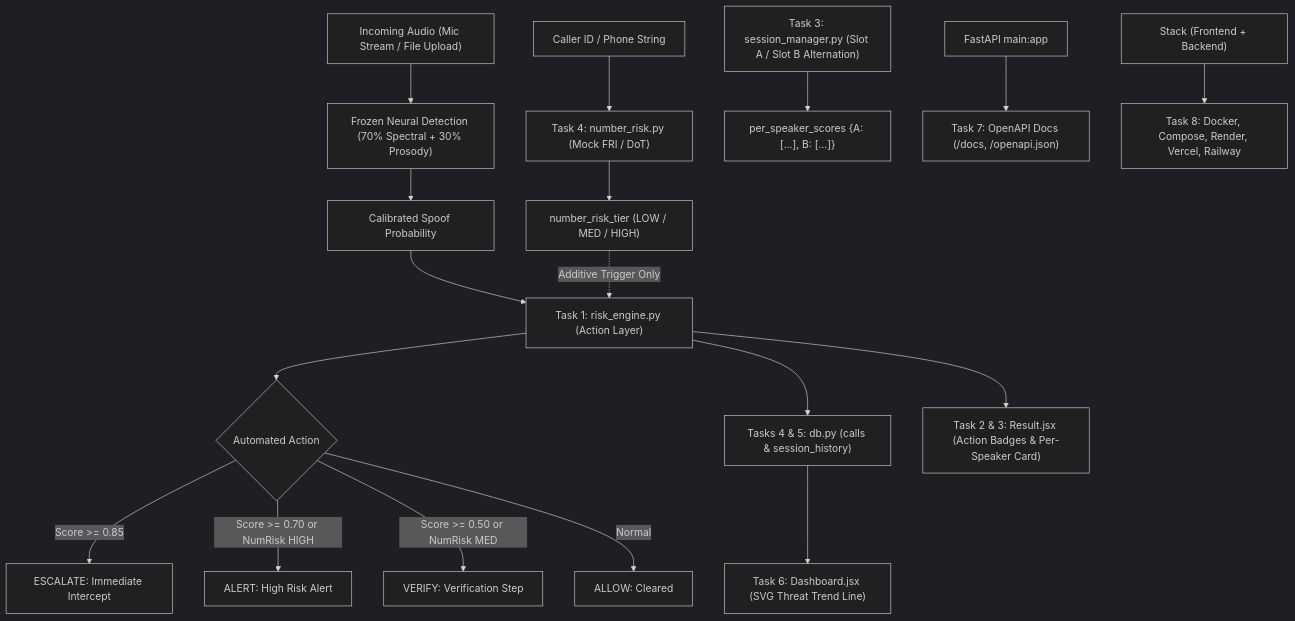
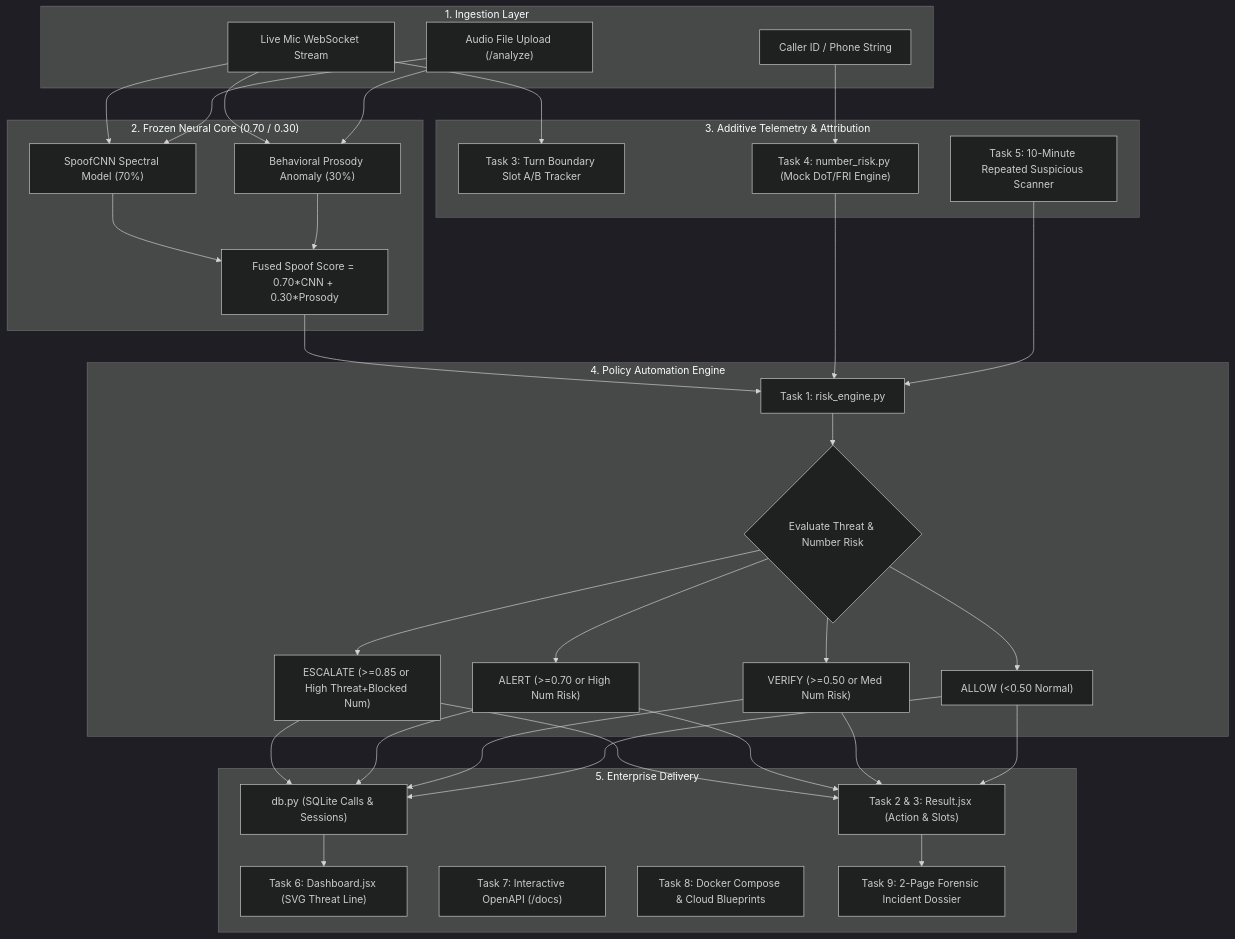
One commit to Sam-codes11/Cybathon-SIH- changed the diagram in REPORT.md. Above: the diagram before and after it, drawn with Mermaid (dark theme). The commit also changed other lines of this file, not shown here.

````diff
--- a/REPORT.md
+++ b/REPORT.md
@@ -57,25 +80,55 @@
 ```mermaid
 flowchart TD
-    AudioInput["Incoming Audio (Mic Stream / File Upload)"] --> DualLayer["Frozen Neural Detection (70% Spectral + 30% Prosody)"]
-    DualLayer --> ThreatScore["Calibrated Spoof Probability"]
-    
-    CallerID["Caller ID / Phone String"] --> NumRiskModule["Task 4: number_risk.py (Mock FRI / DoT)"]
-    NumRiskModule --> NumRiskTier["number_risk_tier (LOW / MED / HIGH)"]
-    
-    TurnTracker["Task 3: session_manager.py (Slot A / Slot B Alternation)"] --> SpeakerScores["per_speaker_scores {A: [...], B: [...]}"]
-    
-    ThreatScore --> RiskEngine["Task 1: risk_engine.py (Action Layer)"]
-    NumRiskTier -.->|Additive Trigger Only| RiskEngine
-    
-    RiskEngine --> ActionDecision{"Automated Action"}
-    ActionDecision -->|Score >= 0.85| Escalate["ESCALATE: Immediate Intercept"]
-    ActionDecision -->|Score >= 0.70 or NumRisk HIGH| Alert["ALERT: High Risk Alert"]
-    ActionDecision -->|Score >= 0.50 or NumRisk MED| Verify["VERIFY: Verification Step"]
-    ActionDecision -->|Normal| Allow["ALLOW: Cleared"]
-    
-    RiskEngine --> DB["Tasks 4 & 5: db.py (calls & session_history)"]
-    DB --> Dashboard["Task 6: Dashboard.jsx (SVG Threat Trend Line)"]
-    RiskEngine --> UI["Task 2 & 3: Result.jsx (Action Badges & Per-Speaker Card)"]
-    FastAPIApp["FastAPI main:app"] --> Docs["Task 7: OpenAPI Docs (/docs, /openapi.json)"]
-    RepoStack["Stack (Frontend + Backend)"] --> Docker["Task 8: Docker, Compose, Render, Vercel, Railway"]
+    subgraph Ingestion["1. Ingestion Layer"]
+        MicStream["Live Mic WebSocket Stream"]
+        AudioFile["Audio File Upload (/analyze)"]
+        CallerData["Caller ID / Phone String"]
+    end
+
+    subgraph Neural["2. Frozen Neural Core (0.70 / 0.30)"]
+        CNN["SpoofCNN Spectral Model (70%)"]
+        Prosody["Behavioral Prosody Anomaly (30%)"]
+        Fusion["Fused Spoof Score = 0.70*CNN + 0.30*Prosody"]
+    end
+
+    subgraph Telemetry["3. Additive Telemetry & Attribution"]
+        TurnTracker["Task 3: Turn Boundary Slot A/B Tracker"]
+        NumRisk["Task 4: number_risk.py (Mock DoT/FRI Engine)"]
+        History["Task 5: 10-Minute Repeated Suspicious Scanner"]
+    end
+
+    subgraph Policy["4. Policy Automation Engine"]
+        Engine["Task 1: risk_engine.py"]
+        Rules{"Evaluate Threat & Number Risk"}
+        Escalate["ESCALATE (>=0.85 or High Threat+Blocked Num)"]
+        Alert["ALERT (>=0.70 or High Num Risk)"]
+        Verify["VERIFY (>=0.50 or Med Num Risk)"]
+        Allow["ALLOW (<0.50 Normal)"]
+    end
+
+    subgraph Output["5. Enterprise Delivery"]
+        DB["db.py (SQLite Calls & Sessions)"]
+        TrendUI["Task 6: Dashboard.jsx (SVG Threat Line)"]
+        ResultUI["Task 2 & 3: Result.jsx (Action & Slots)"]
+        Swagger["Task 7: Interactive OpenAPI (/docs)"]
+        Docker["Task 8: Docker Compose & Cloud Blueprints"]
+        PDF["Task 9: 2-Page Forensic Incident Dossier"]
+    end
+
+    MicStream --> CNN & Prosody & TurnTracker
+    AudioFile --> CNN & Prosody
+    CallerData --> NumRisk
+
+    CNN & Prosody --> Fusion
+    Fusion --> Engine
+    NumRisk --> Engine
+    History --> Engine
+
+    Engine --> Rules
+    Rules --> Escalate & Alert & Verify & Allow
+
+    Escalate & Alert & Verify & Allow --> DB
+    Escalate & Alert & Verify & Allow --> ResultUI
+    DB --> TrendUI
+    ResultUI --> PDF
 ```
````
